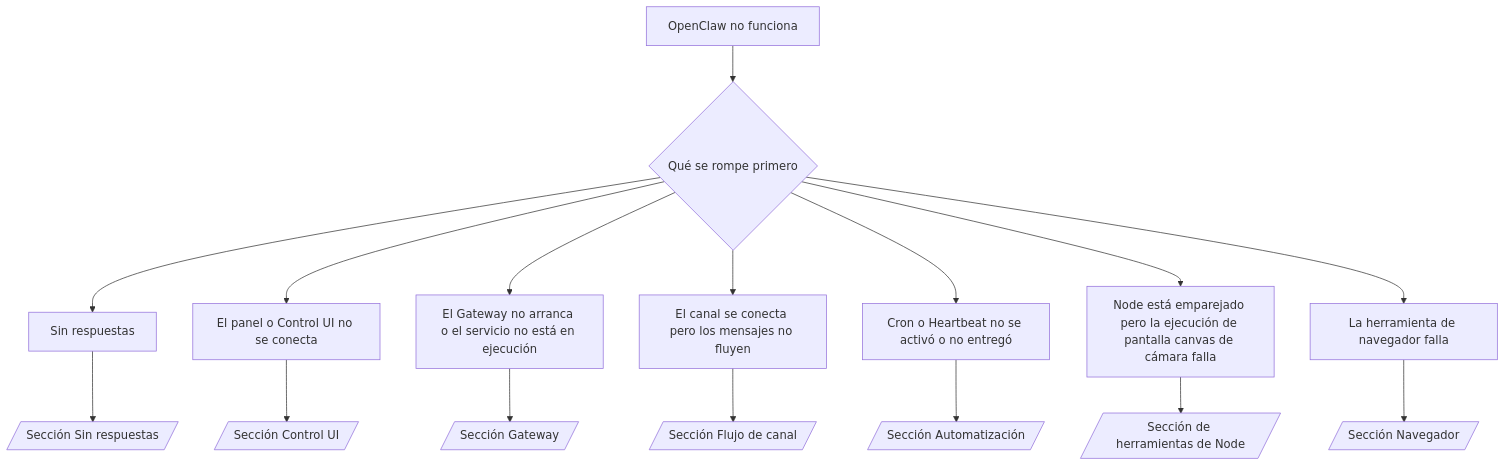
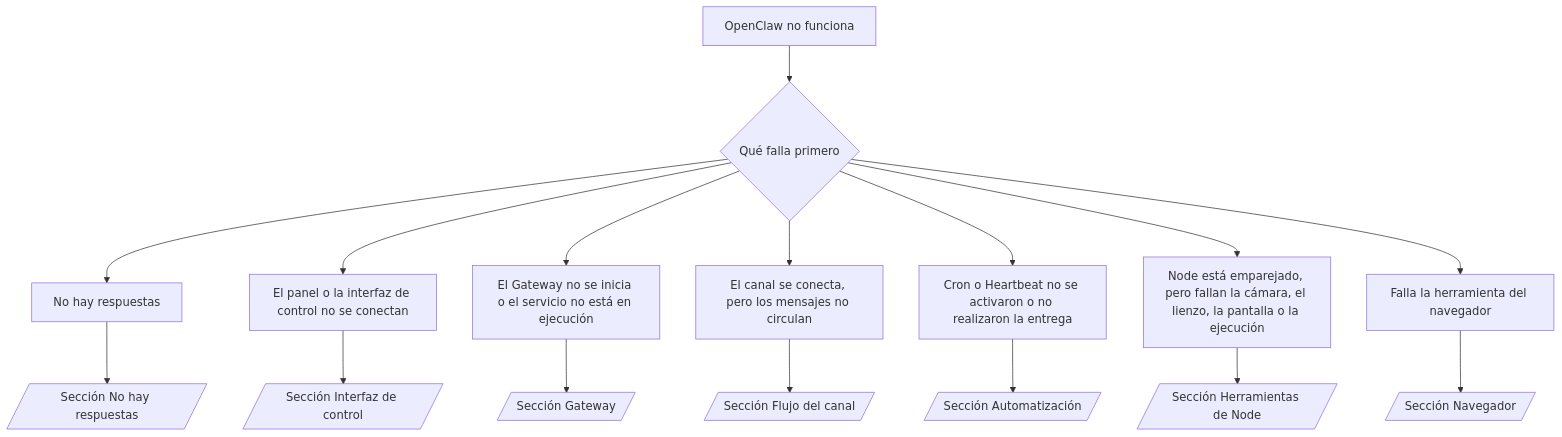
One commit to openclaw/docs changed the diagram in docs/es/help/troubleshooting.md. Above: the diagram before and after it, drawn with Mermaid. The commit also changed other lines of this file and 11240 other files, not shown here.

````diff
--- a/docs/es/help/troubleshooting.md
+++ b/docs/es/help/troubleshooting.md
@@ -192,19 +191,19 @@
 ```mermaid
 flowchart TD
-  A[OpenClaw no funciona] --> B{Qué se rompe primero}
-  B --> C[Sin respuestas]
-  B --> D[El panel o Control UI no se conecta]
-  B --> E[El Gateway no arranca o el servicio no está en ejecución]
-  B --> F[El canal se conecta pero los mensajes no fluyen]
-  B --> G[Cron o Heartbeat no se activó o no entregó]
-  B --> H[Node está emparejado pero la ejecución de pantalla canvas de cámara falla]
-  B --> I[La herramienta de navegador falla]
+  A[OpenClaw no funciona] --> B{Qué falla primero}
+  B --> C[No hay respuestas]
+  B --> D[El panel o la interfaz de control no se conectan]
+  B --> E[El Gateway no se inicia o el servicio no está en ejecución]
+  B --> F[El canal se conecta, pero los mensajes no circulan]
+  B --> G[Cron o Heartbeat no se activaron o no realizaron la entrega]
+  B --> H[Node está emparejado, pero fallan la cámara, el lienzo, la pantalla o la ejecución]
+  B --> I[Falla la herramienta del navegador]
 
-  C --> C1[/Sección Sin respuestas/]
-  D --> D1[/Sección Control UI/]
+  C --> C1[/Sección No hay respuestas/]
+  D --> D1[/Sección Interfaz de control/]
   E --> E1[/Sección Gateway/]
-  F --> F1[/Sección Flujo de canal/]
+  F --> F1[/Sección Flujo del canal/]
   G --> G1[/Sección Automatización/]
-  H --> H1[/Sección de herramientas de Node/]
+  H --> H1[/Sección Herramientas de Node/]
   I --> I1[/Sección Navegador/]
 ```
````
